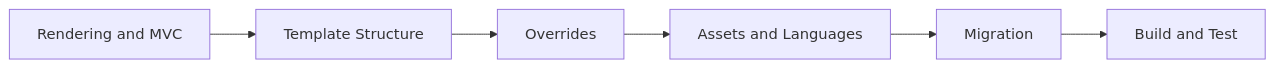
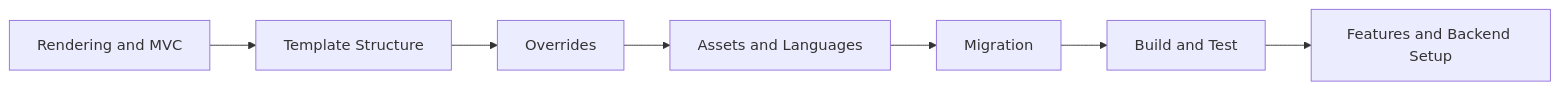
The diagram in docs/joomla/learning/templates/README.md (duyduyly/php-notebook), drawn with Mermaid before and after one commit. The commit also changed other lines of this file, not shown here.

````diff
--- a/docs/joomla/learning/templates/README.md
+++ b/docs/joomla/learning/templates/README.md
@@ -33,8 +37,9 @@
 ```mermaid
 flowchart LR
     A[Rendering and MVC] --> B[Template Structure]
     B --> C[Overrides]
     C --> D[Assets and Languages]
     D --> E[Migration]
     E --> F[Build and Test]
+    F --> G[Features and Backend Setup]
 ```
````
